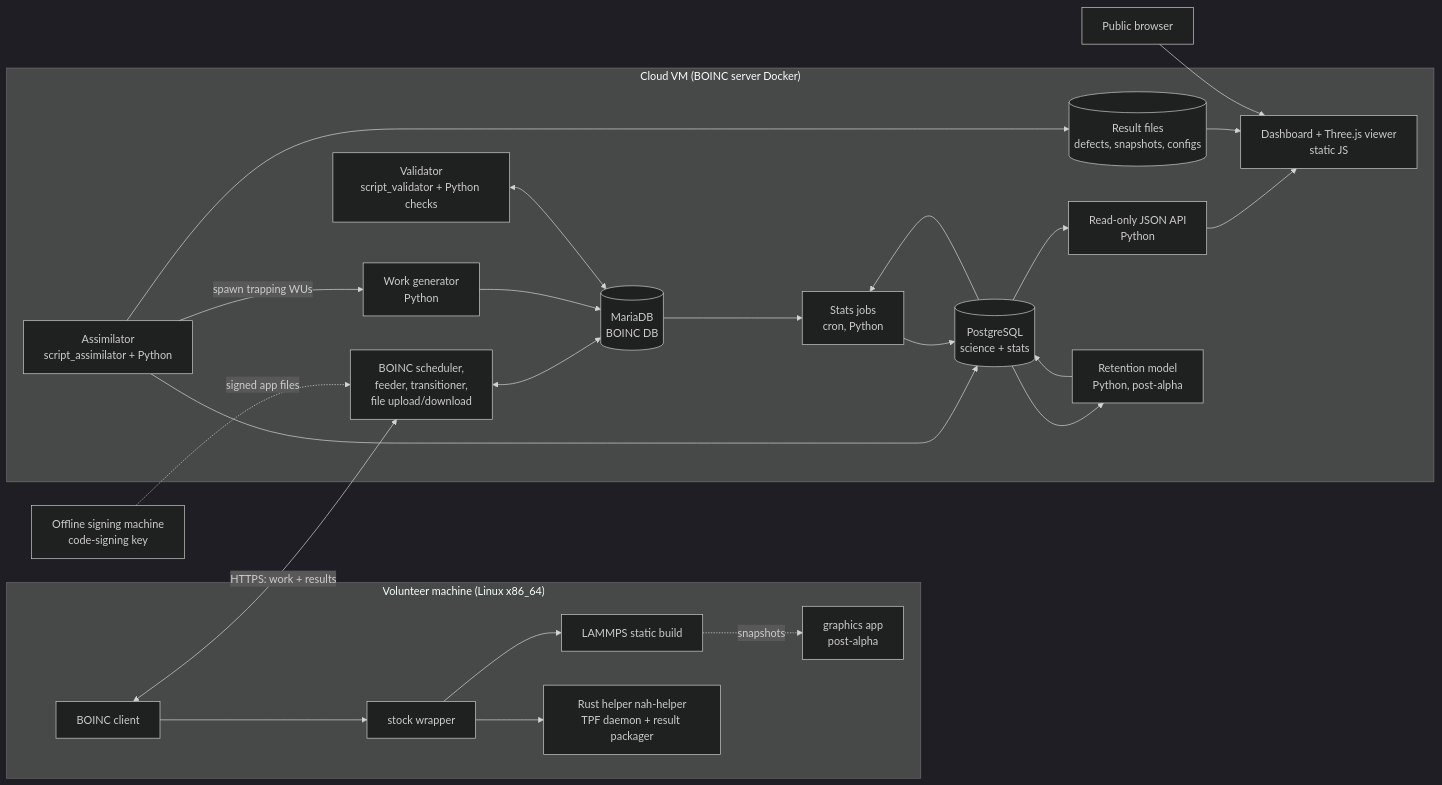
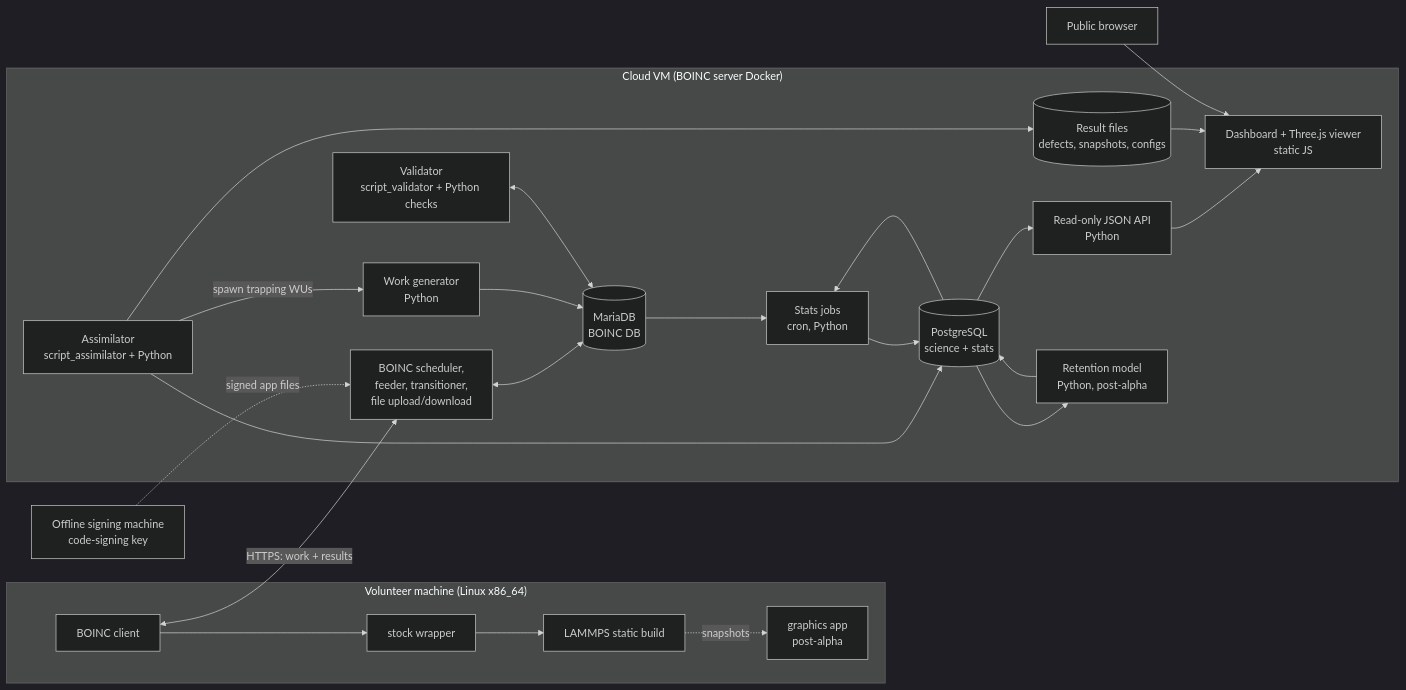
One commit to mayuri-ovino/NuclearAtHome changed the diagram in docs/architecture.md. Above: the diagram before and after it, drawn with Mermaid (dark theme). The commit also changed other lines of this file and 59 other files, not shown here.

````diff
--- a/docs/architecture.md
+++ b/docs/architecture.md
@@ -36,42 +36,40 @@
 ```mermaid
 flowchart LR
   subgraph VOL["Volunteer machine (Linux x86_64)"]
     BC[BOINC client]
     WR[stock wrapper]
     LMP[LAMMPS static build]
-    RH[Rust helper nah-helper<br/>TPF daemon + result packager]
     GFX[graphics app<br/>post-alpha]
     BC --> WR --> LMP
-    WR --> RH
     LMP -. snapshots .-> GFX
   end
 
   subgraph SRV["Cloud VM (BOINC server Docker)"]
     SCHED[BOINC scheduler,<br/>feeder, transitioner,<br/>file upload/download]
     MDB[(MariaDB<br/>BOINC DB)]
     WG[Work generator<br/>Python]
     VAL[Validator<br/>script_validator + Python checks]
     ASM[Assimilator<br/>script_assimilator + Python]
     PG[(PostgreSQL<br/>science + stats)]
     FS[(Result files<br/>defects, snapshots, configs)]
     STJ[Stats jobs<br/>cron, Python]
     API[Read-only JSON API<br/>Python]
     WEB[Dashboard + Three.js viewer<br/>static JS]
     RET[Retention model<br/>Python, post-alpha]
     SCHED <--> MDB
     WG --> MDB
     VAL <--> MDB
     ASM --> PG
     ASM --> FS
     ASM -- spawn trapping WUs --> WG
     PG --> STJ --> PG
     MDB --> STJ
     PG --> RET --> PG
     PG --> API --> WEB
     FS --> WEB
   end
 
   BC <-- HTTPS: work + results --> SCHED
   OFF[Offline signing machine<br/>code-signing key] -. signed app files .-> SCHED
   USR[Public browser] --> WEB
 ```
````
